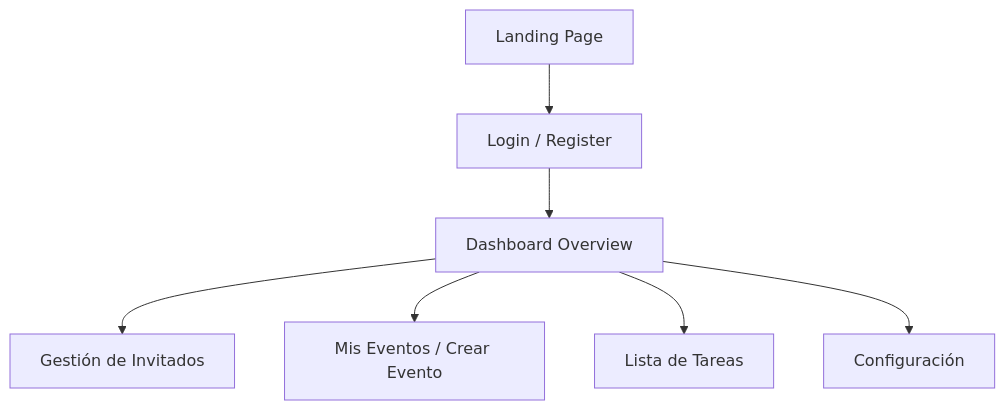
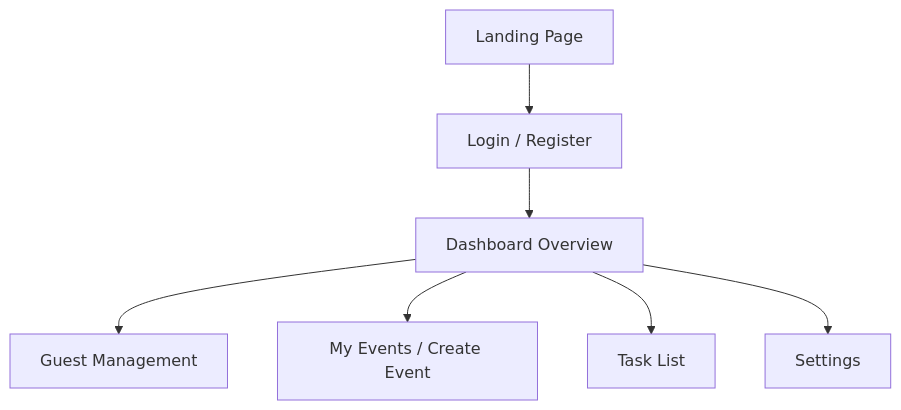
One commit to Adneil3004/attenda changed the diagram in docs/FRONTEND_GUIDE.md. Above: the diagram before and after it, drawn with Mermaid. The commit also changed other lines of this file and 88 other files, not shown here.

First line of the commit message:
feat: CRM theming, table layout, guest management enhancements

````diff
--- a/docs/FRONTEND_GUIDE.md
+++ b/docs/FRONTEND_GUIDE.md
@@ -7,9 +7,14 @@
 ```mermaid
 graph TD
     L[Landing Page] --> Login[Login / Register]
     Login --> Dashboard[Dashboard Overview]
-    Dashboard --> Guests[Gestión de Invitados]
-    Dashboard --> Events[Mis Eventos / Crear Evento]
-    Dashboard --> Tasks[Lista de Tareas]
-    Dashboard --> Settings[Configuración]
+    Guests[Guest Management]
+    Events[My Events / Create Event]
+    Tasks[Task List]
+    Settings[Settings]
+
+    Dashboard --> Guests
+    Dashboard --> Events
+    Dashboard --> Tasks
+    Dashboard --> Settings
 ```
````
